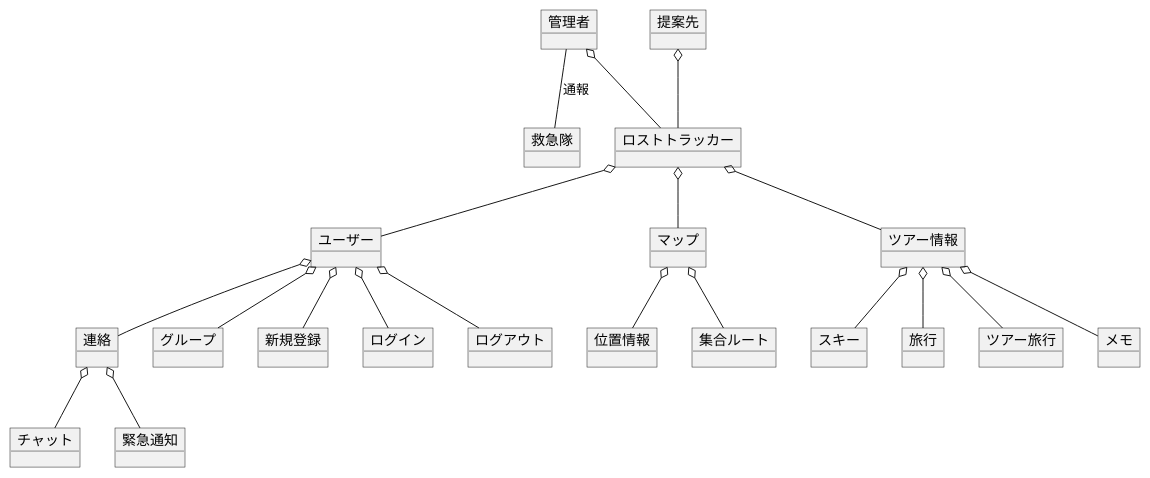
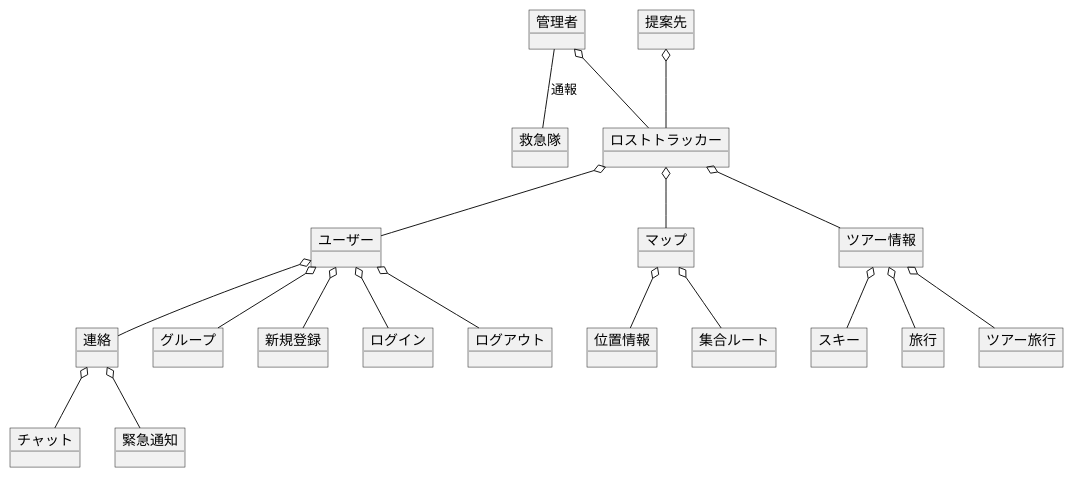
Before and after one commit to ksw2270227/GroupF: the second of 2 diagrams in F_dmainModel.plantuml, drawn with PlantUML. The commit also changed 1 other file, not shown here.

```diff
--- a/F_dmainModel.plantuml
+++ b/F_dmainModel.plantuml
@@ -44,55 +44,55 @@
 @startuml ドメインモデル2
 
 object 救急隊
 object ロストトラッカー
 object 管理者
 object ユーザー
 object 提案先
 
 object 位置情報
 object マップ
 object スキー
 object 旅行
 object ツアー旅行
-object メモ
+
 object ツアー情報
 object 連絡
 object グループ
 object チャット
 object 緊急通知
 
 object 新規登録
 object ログイン
 object ログアウト
 object 集合ルート
 
 
 
 
 管理者 -- 救急隊 : 通報
 提案先 o-- ロストトラッカー
 管理者 o-- ロストトラッカー
 ロストトラッカー o-- ユーザー
 
 ユーザー o-- 連絡
 連絡 o-- チャット
 連絡 o-- 緊急通知
 
 ユーザー o-- 新規登録
 ユーザー o-- ログイン
 ユーザー o-- ログアウト
 
 ユーザー o-- グループ
 
 ロストトラッカー o-- マップ
 マップ o-- 集合ルート
 マップ o-- 位置情報
 ロストトラッカー o-- ツアー情報
 
 ツアー情報 o-- スキー
 ツアー情報 o-- 旅行
 ツアー情報 o-- ツアー旅行
-ツアー情報 o-- メモ
+
 
 
 @enduml
```
